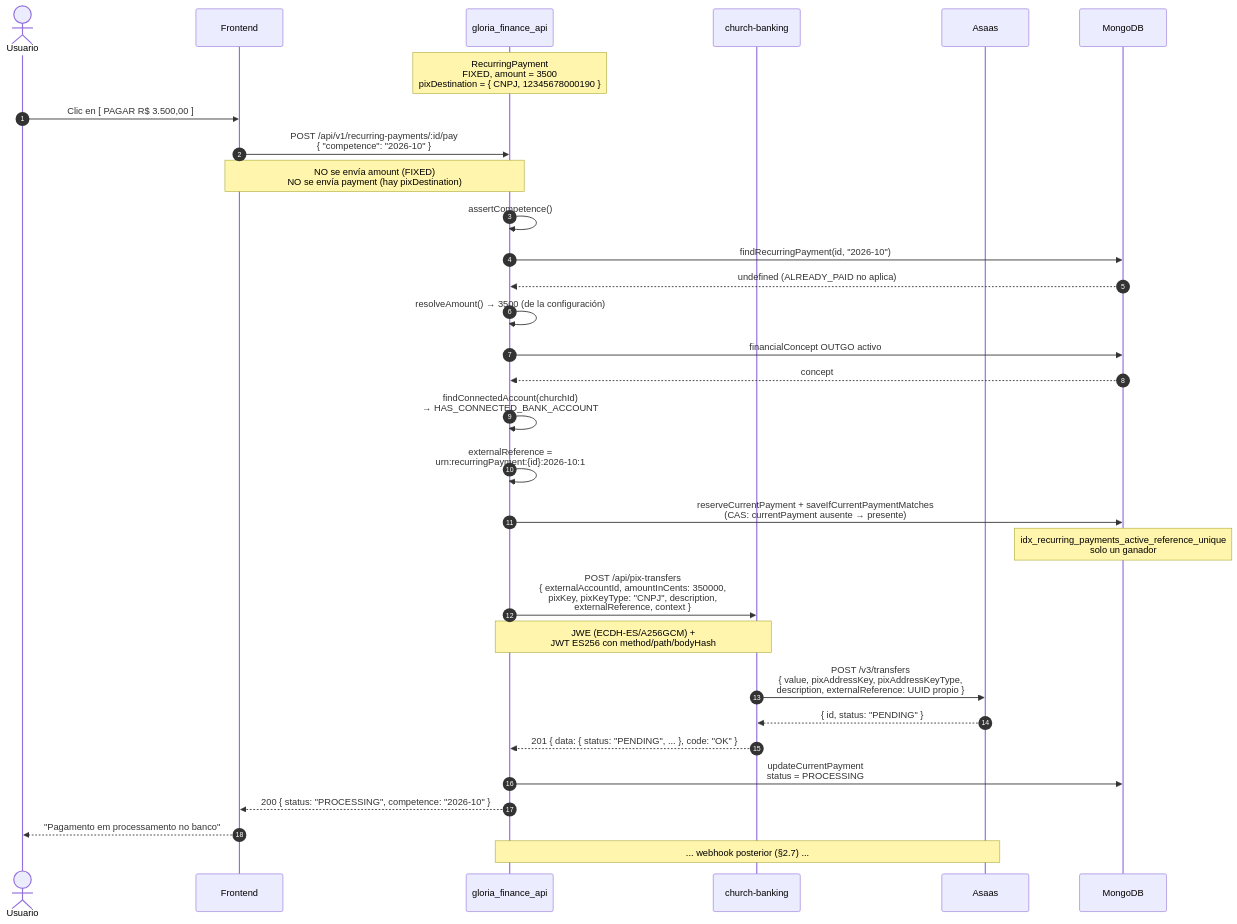
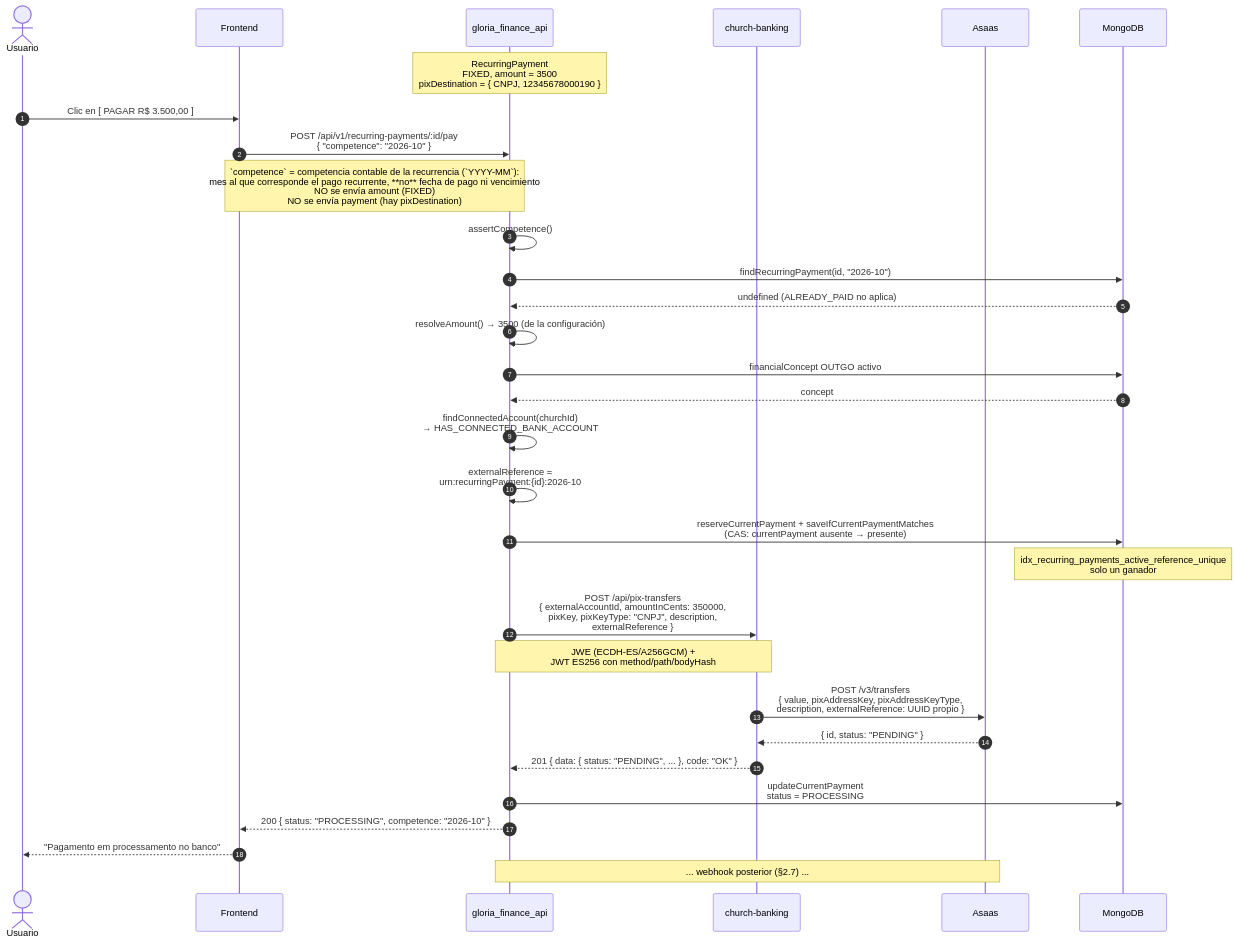
One commit to gloriafinance/gloria_finance_api changed the fourth of 18 diagrams in docs/recurring-payments-diagrams.md. Above: the diagram before and after it, drawn with Mermaid. The commit also changed other lines of this file and 31 other files, not shown here.

````diff
--- a/docs/recurring-payments-diagrams.md
+++ b/docs/recurring-payments-diagrams.md
@@ -212,41 +212,41 @@
 ```mermaid
 sequenceDiagram
     autonumber
     actor U as Usuario
     participant FE as Frontend
     participant API as gloria_finance_api
     participant CB as church-banking
     participant ASAAS as Asaas
     participant DB as MongoDB
 
     Note over API: RecurringPayment<br/>FIXED, amount = 3500<br/>pixDestination = { CNPJ, 12345678000190 }
 
     U->>FE: Clic en [ PAGAR R$ 3.500,00 ]
     FE->>API: POST /api/v1/recurring-payments/:id/pay<br/>{ "competence": "2026-10" }
-    Note over FE,API: NO se envía amount (FIXED)<br/>NO se envía payment (hay pixDestination)
+    Note over FE,API: `competence` = competencia contable de la recurrencia (`YYYY-MM`):<br/>mes al que corresponde el pago recurrente, **no** fecha de pago ni vencimiento<br/>NO se envía amount (FIXED)<br/>NO se envía payment (hay pixDestination)
 
     API->>API: assertCompetence()
     API->>DB: findRecurringPayment(id, "2026-10")
     DB-->>API: undefined (ALREADY_PAID no aplica)
     API->>API: resolveAmount() → 3500 (de la configuración)
     API->>DB: financialConcept OUTGO activo
     DB-->>API: concept
     API->>API: findConnectedAccount(churchId)<br/>→ HAS_CONNECTED_BANK_ACCOUNT
 
-    API->>API: externalReference =<br/>urn:recurringPayment:{id}:2026-10:1
+    API->>API: externalReference =<br/>urn:recurringPayment:{id}:2026-10
     API->>DB: reserveCurrentPayment + saveIfCurrentPaymentMatches<br/>(CAS: currentPayment ausente → presente)
     Note over DB: idx_recurring_payments_active_reference_unique<br/>solo un ganador
 
-    API->>CB: POST /api/pix-transfers<br/>{ externalAccountId, amountInCents: 350000,<br/>pixKey, pixKeyType: "CNPJ", description,<br/>externalReference, context }
+    API->>CB: POST /api/pix-transfers<br/>{ externalAccountId, amountInCents: 350000,<br/>pixKey, pixKeyType: "CNPJ", description,<br/>externalReference }
     Note over API,CB: JWE (ECDH-ES/A256GCM) +<br/>JWT ES256 con method/path/bodyHash
 
     CB->>ASAAS: POST /v3/transfers<br/>{ value, pixAddressKey, pixAddressKeyType,<br/>description, externalReference: UUID propio }
     ASAAS-->>CB: { id, status: "PENDING" }
     CB-->>API: 201 { data: { status: "PENDING", ... }, code: "OK" }
 
     API->>DB: updateCurrentPayment<br/>status = PROCESSING
     API-->>FE: 200 { status: "PROCESSING", competence: "2026-10" }
     FE-->>U: "Pagamento em processamento no banco"
 
     Note over ASAAS,API: ... webhook posterior (§2.7) ...
 ```
````
